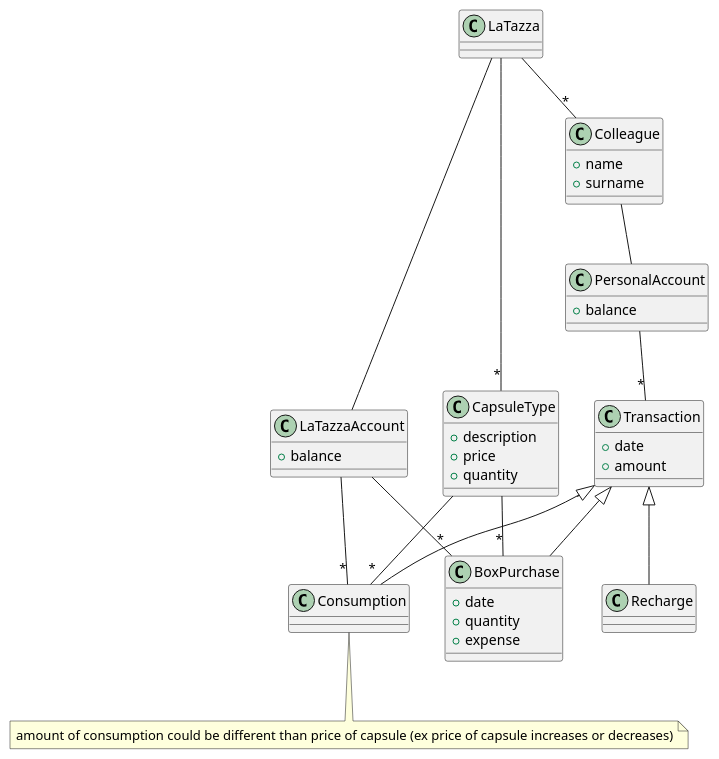
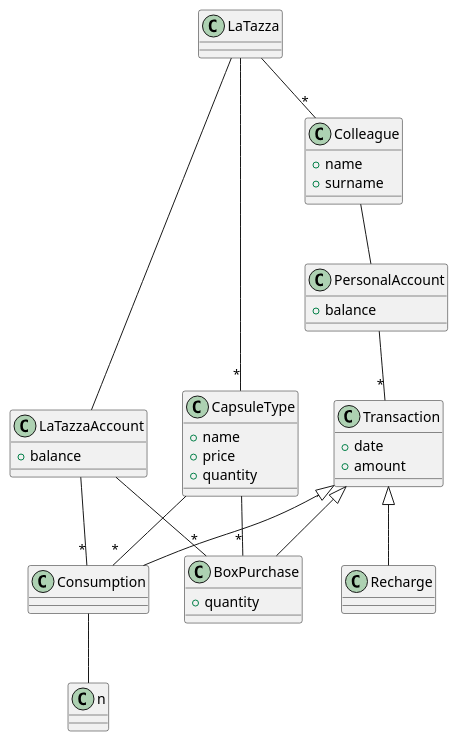
One commit to salvatore-dimartino/LaTazza changed the third of 5 diagrams in Official Requirements Document.md. Above: the diagram before and after it, drawn with PlantUML. The commit also changed other lines of this file, not shown here.

````diff
--- a/Official Requirements Document.md
+++ b/Official Requirements Document.md
@@ -189,56 +198,53 @@
 ```plantuml
 class LaTazza
 class Colleague {
 + name
 + surname
 }
 
 class PersonalAccount {
 + balance
 }
 
 class CapsuleType {
-+ description
++ name
 + price
 + quantity
 }
 
 class LaTazzaAccount {
 + balance
 }
 
 class BoxPurchase {
-+ date
 + quantity
-+ expense
 }
 
 class Transaction {
 + date
 + amount
 }
 
 class Recharge
 class Consumption
 
-note "amount of consumption could be different than price of capsule (ex price of capsule increases or decreases)" as n
 
 LaTazza -- "*" Colleague
 LaTazza -- "*" CapsuleType
 LaTazza -- LaTazzaAccount
 
 LaTazzaAccount -- "*" BoxPurchase
 LaTazzaAccount -- "*" Consumption
 
 CapsuleType -- "*" Consumption
 CapsuleType -- "*" BoxPurchase
 
 Colleague -- PersonalAccount
 PersonalAccount -- "*" Transaction
 
 Transaction <|-- Recharge
 Transaction <|-- Consumption
 Transaction <|-- BoxPurchase
 
 Consumption -- n
 ```
````
